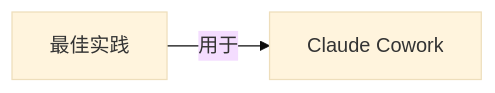
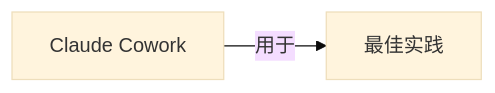
One commit to yibie/claude-best-practices-zh changed the diagram in wiki/最佳实践.md. Above: the diagram before and after it, drawn with Mermaid (base theme). The commit also changed other lines of this file and 407 other files, not shown here.

Commit message:
feat: DeepSeek 三遍审校（译文/关系/图谱）+ 可部署静态站点

````diff
--- a/wiki/最佳实践.md
+++ b/wiki/最佳实践.md
@@ -38,5 +40,5 @@
 ```mermaid
 graph LR
   C["最佳实践"]
-  C -->|用于| N0["Claude Cowork"]
+  N0["Claude Cowork"] -->|用于| C
 ```
````
